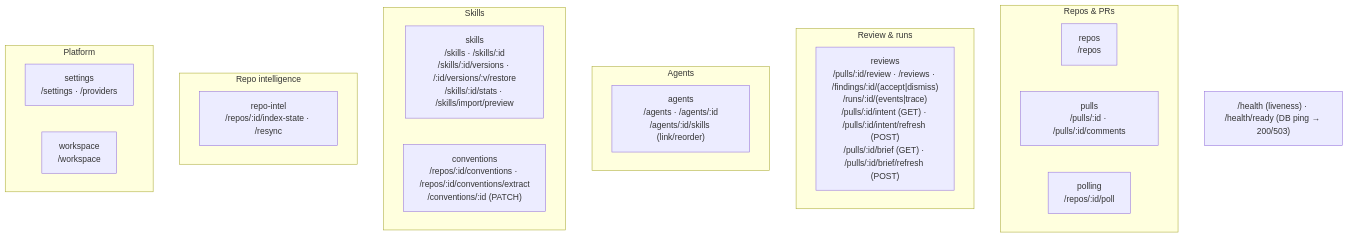
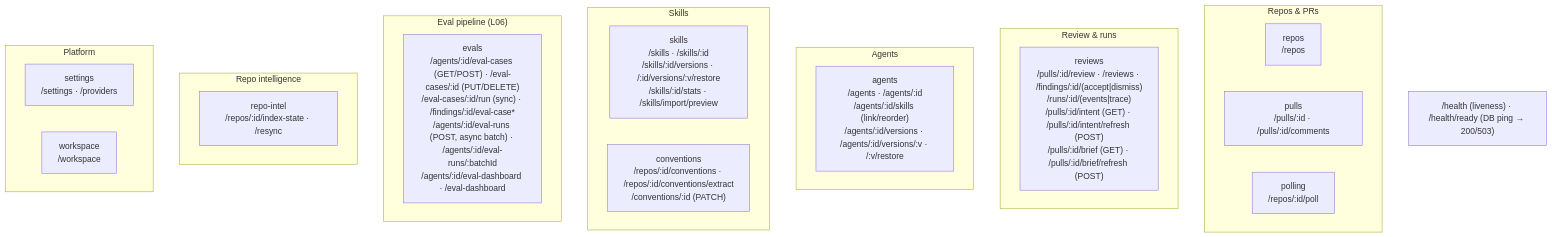
The second of 2 diagrams in server/README.md (oivashkov/dev-digest), drawn with Mermaid before and after one commit. The commit also changed other lines of this file and 81 other files, not shown here.

````diff
--- a/server/README.md
+++ b/server/README.md
@@ -69,26 +72,29 @@
 ```mermaid
 flowchart TB
   subgraph Repos_PRs["Repos & PRs"]
     repos["repos<br/>/repos"]
     pulls["pulls<br/>/pulls/:id · /pulls/:id/comments"]
     polling["polling<br/>/repos/:id/poll"]
   end
   subgraph Review["Review & runs"]
     reviews["reviews<br/>/pulls/:id/review · /reviews · /findings/:id/(accept|dismiss)<br/>/runs/:id/(events|trace)<br/>/pulls/:id/intent (GET) · /pulls/:id/intent/refresh (POST)<br/>/pulls/:id/brief (GET) · /pulls/:id/brief/refresh (POST)"]
   end
   subgraph Agents["Agents"]
-    agents["agents<br/>/agents · /agents/:id<br/>/agents/:id/skills (link/reorder)"]
+    agents["agents<br/>/agents · /agents/:id<br/>/agents/:id/skills (link/reorder)<br/>/agents/:id/versions · /agents/:id/versions/:v · /:v/restore"]
   end
   subgraph Skills["Skills"]
     skills["skills<br/>/skills · /skills/:id<br/>/skills/:id/versions · /:id/versions/:v/restore<br/>/skills/:id/stats · /skills/import/preview"]
     conventions["conventions<br/>/repos/:id/conventions · /repos/:id/conventions/extract<br/>/conventions/:id (PATCH)"]
+  end
+  subgraph Eval["Eval pipeline (L06)"]
+    evals["evals<br/>/agents/:id/eval-cases (GET/POST) · /eval-cases/:id (PUT/DELETE)<br/>/eval-cases/:id/run (sync) · /findings/:id/eval-case*<br/>/agents/:id/eval-runs (POST, async batch) · /agents/:id/eval-runs/:batchId<br/>/agents/:id/eval-dashboard · /eval-dashboard"]
   end
   subgraph Intel["Repo intelligence"]
     repoIntel["repo-intel<br/>/repos/:id/index-state · /resync"]
   end
   subgraph Platform["Platform"]
     settings["settings<br/>/settings · /providers"]
     workspace["workspace<br/>/workspace"]
   end
   HEALTH["/health (liveness) · /health/ready (DB ping → 200/503)"]
 ```
````
